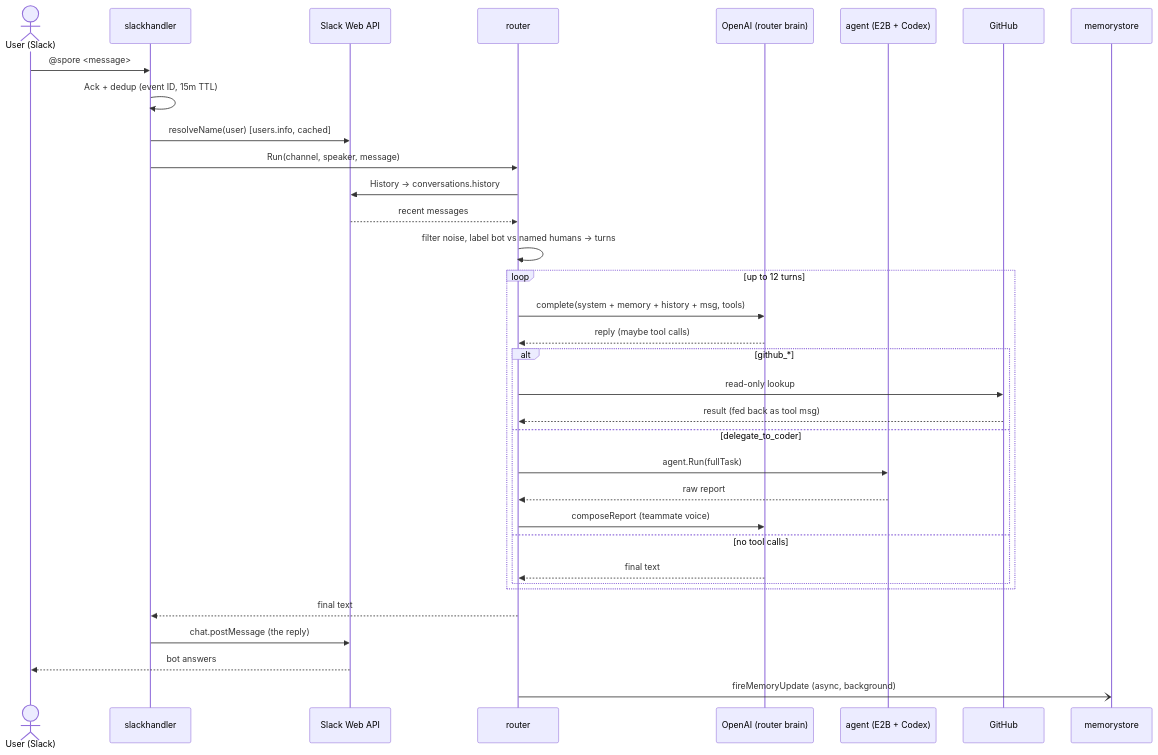
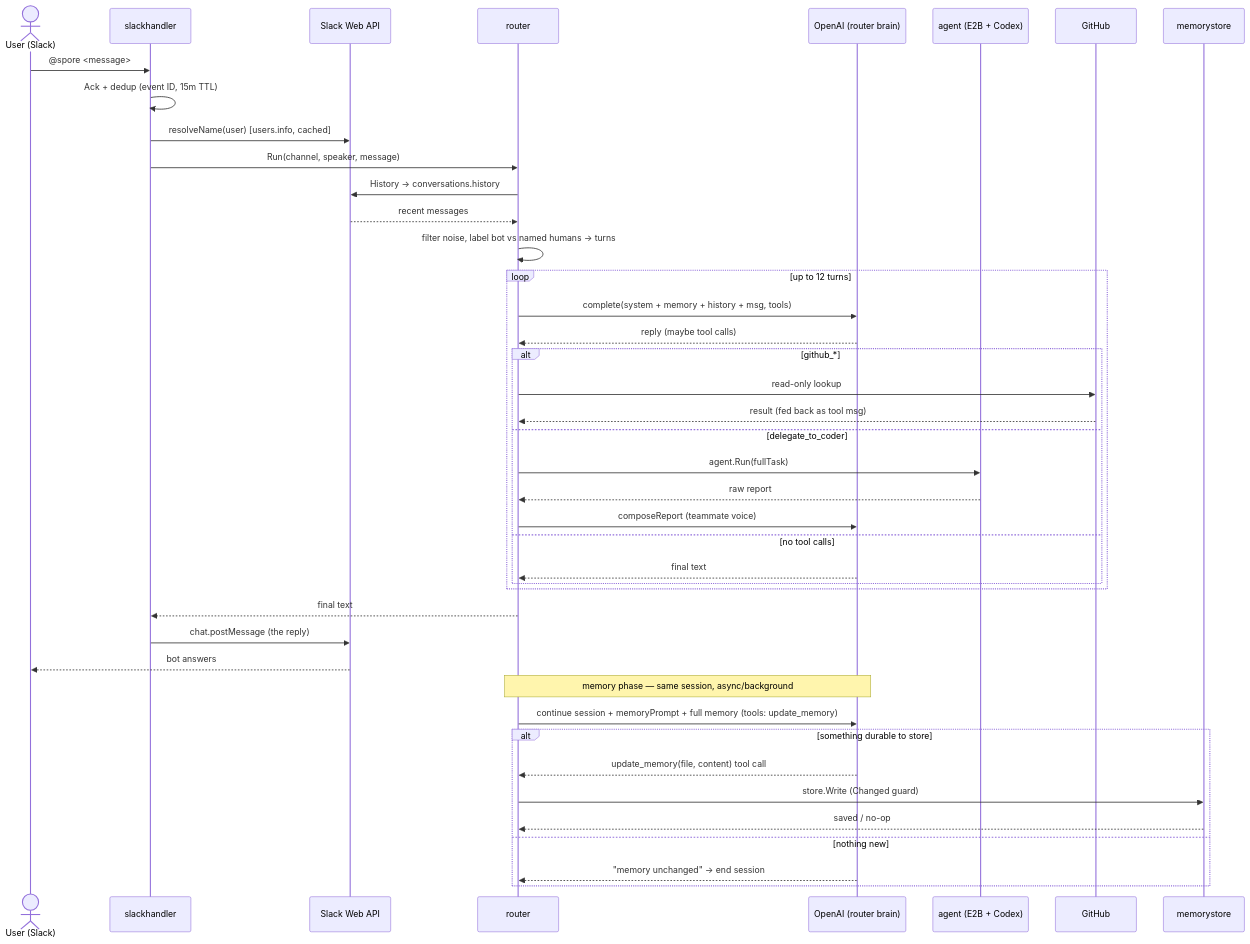
The second of 5 diagrams in ARCHITECTURE.md (hetsaraiya/spores), drawn with Mermaid before and after one commit. The commit also changed other lines of this file and 2 other files, not shown here.

Commit message:
refactor: enhance memory management logic and update related tests

````diff
--- a/ARCHITECTURE.md
+++ b/ARCHITECTURE.md
@@ -42,37 +42,45 @@
 ```mermaid
 sequenceDiagram
     actor U as User (Slack)
     participant SH as slackhandler
     participant SL as Slack Web API
     participant RT as router
     participant OA as OpenAI (router brain)
     participant AG as agent (E2B + Codex)
     participant GH as GitHub
     participant MS as memorystore
 
     U->>SH: @spore <message>
     SH->>SH: Ack + dedup (event ID, 15m TTL)
     SH->>SL: resolveName(user) [users.info, cached]
     SH->>RT: Run(channel, speaker, message)
     RT->>SL: History → conversations.history
     SL-->>RT: recent messages
     RT->>RT: filter noise, label bot vs named humans → turns
     loop up to 12 turns
         RT->>OA: complete(system + memory + history + msg, tools)
         OA-->>RT: reply (maybe tool calls)
         alt github_*
             RT->>GH: read-only lookup
             GH-->>RT: result (fed back as tool msg)
         else delegate_to_coder
             RT->>AG: agent.Run(fullTask)
             AG-->>RT: raw report
             RT->>OA: composeReport (teammate voice)
         else no tool calls
             OA-->>RT: final text
         end
     end
     RT-->>SH: final text
     SH->>SL: chat.postMessage (the reply)
     SL-->>U: bot answers
-    RT-)MS: fireMemoryUpdate (async, background)
+    note over RT,OA: memory phase — same session, async/background
+    RT->>OA: continue session + memoryPrompt + full memory (tools: update_memory)
+    alt something durable to store
+        OA-->>RT: update_memory(file, content) tool call
+        RT->>MS: store.Write (Changed guard)
+        MS-->>RT: saved / no-op
+    else nothing new
+        OA-->>RT: "memory unchanged" → end session
+    end
 ```
````
